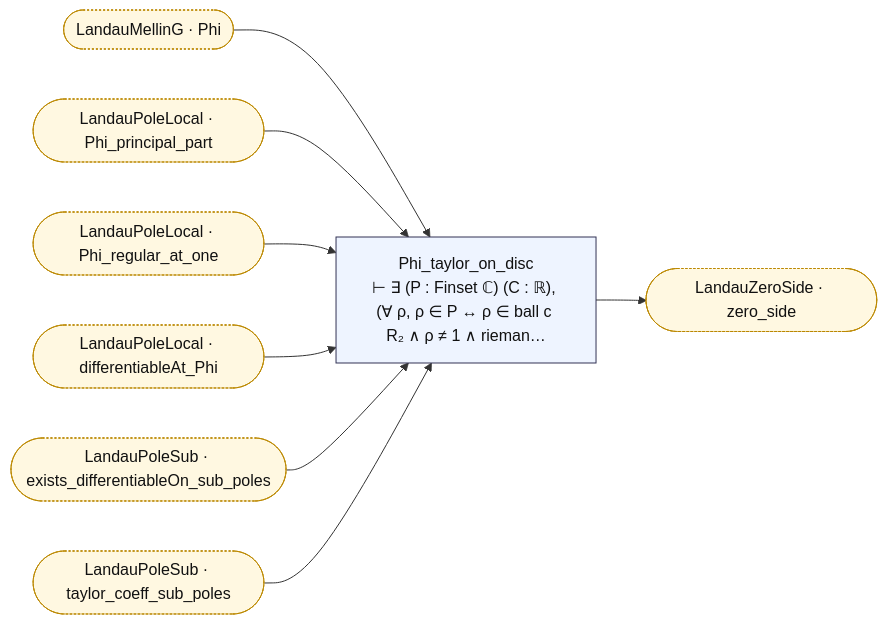
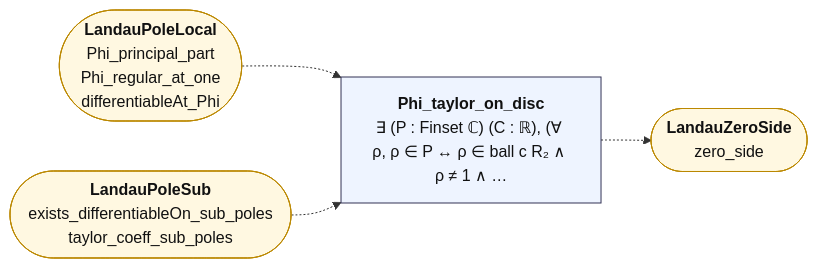
One commit to juliansambranojr/Primebeat_081426 changed the diagram in map/lean_stage3/LandauPoleDisc.md. Above: the diagram before and after it, drawn with Mermaid. The commit also changed other lines of this file and 387 other files, not shown here.

````diff
--- a/map/lean_stage3/LandauPoleDisc.md
+++ b/map/lean_stage3/LandauPoleDisc.md
@@ -8,24 +12,15 @@
 ```mermaid
 flowchart LR
-  n0["Phi_taylor_on_disc<br/>⊢ ∃ (P : Finset ℂ) (C : ℝ), (∀ ρ, ρ ∈ P ↔ ρ ∈ ball c R₂ ∧ ρ ≠ 1 ∧ rieman…"]:::thm
-  x0(["LandauMellinG · Phi"]):::ext
-  x1(["LandauPoleLocal · Phi_principal_part"]):::ext
-  x2(["LandauPoleLocal · Phi_regular_at_one"]):::ext
-  x3(["LandauPoleLocal · differentiableAt_Phi"]):::ext
-  x4(["LandauPoleSub · exists_differentiableOn_sub_poles"]):::ext
-  x5(["LandauPoleSub · taylor_coeff_sub_poles"]):::ext
-  x6(["LandauZeroSide · zero_side"]):::ext
-  n0 --> x6
-  x0 --> n0
-  x1 --> n0
-  x2 --> n0
-  x3 --> n0
-  x4 --> n0
-  x5 --> n0
+  n0["<b>Phi_taylor_on_disc</b><br/>∃ (P : Finset ℂ) (C : ℝ), (∀ ρ, ρ ∈ P ↔ ρ ∈ ball c R₂ ∧ ρ ≠ 1 ∧ …"]:::thm
+  x0(["<b>LandauPoleLocal</b><br/>Phi_principal_part<br/>Phi_regular_at_one<br/>differentiableAt_Phi"]):::ext
+  x1(["<b>LandauPoleSub</b><br/>exists_differentiableOn_sub_poles<br/>taylor_coeff_sub_poles"]):::ext
+  x2(["<b>LandauZeroSide</b><br/>zero_side"]):::ext
+  n0 -.-> x2
+  x0 -.-> n0
+  x1 -.-> n0
   classDef thm fill:#eef4ff,stroke:#335,color:#111
-  classDef dfn fill:#f2f2f2,stroke:#777,color:#111
   classDef end_ fill:#e7f7e7,stroke:#2a7,color:#111,stroke-width:2px
   classDef lone fill:#fff,stroke:#999,color:#111,stroke-dasharray:4 3
   classDef bad fill:#ffe5e5,stroke:#c22,color:#111,stroke-width:2px
-  classDef ext fill:#fff8e1,stroke:#b80,color:#111,stroke-dasharray:2 2
+  classDef ext fill:#fff8e1,stroke:#b80,color:#111
 ```
````
